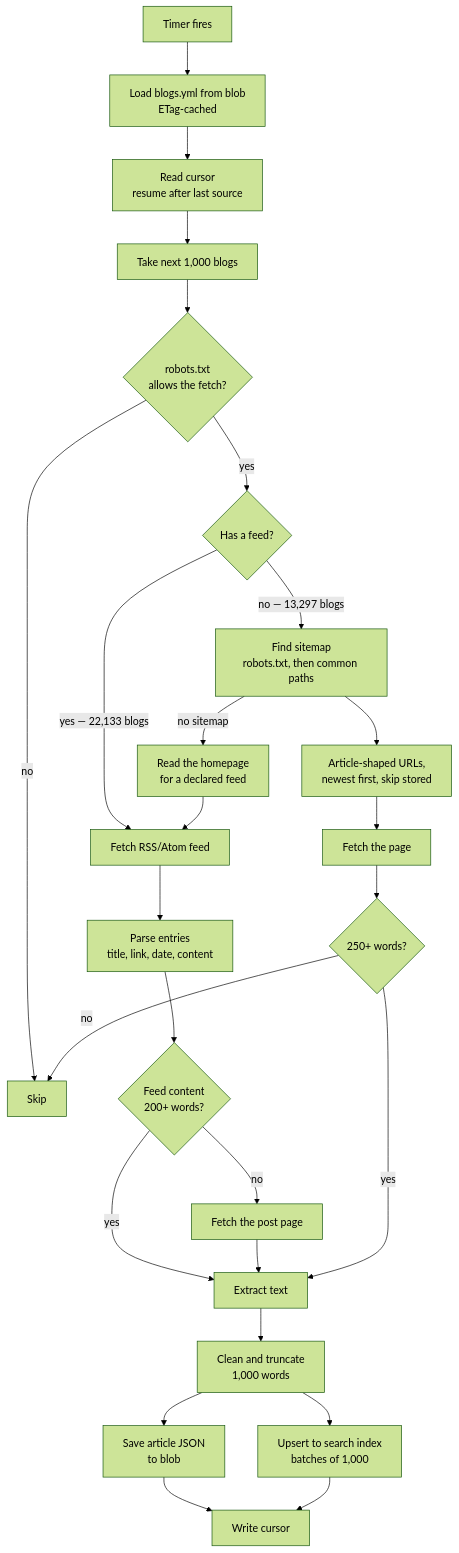
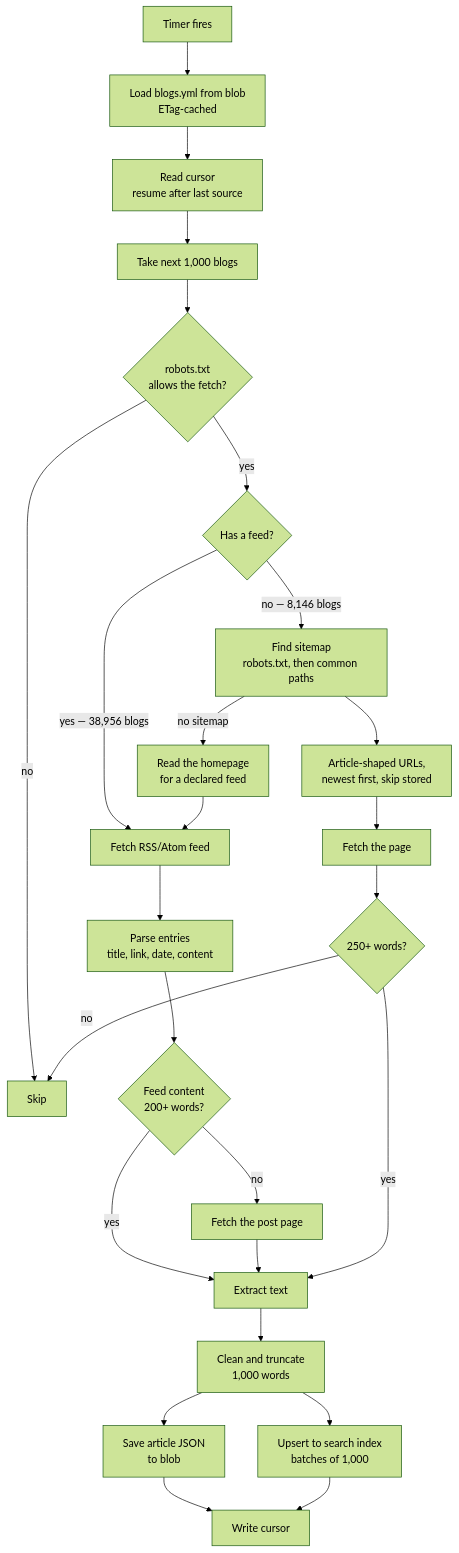
Before and after one commit to GitPaulo/blogme: the second of 5 diagrams in docs/how-it-works.md, drawn with Mermaid (forest theme). The commit also changed other lines of this file and 2 other files, not shown here.

Commit message:
fix: upper bound on blog crawler was too low

````diff
--- a/docs/how-it-works.md
+++ b/docs/how-it-works.md
@@ -47,32 +47,32 @@
 ```mermaid
 flowchart TD
     T["Timer fires"] --> L["Load blogs.yml from blob<br/>ETag-cached"]
     L --> C["Read cursor<br/>resume after last source"]
     C --> BATCH["Take next 1,000 blogs"]
 
     BATCH --> R{"robots.txt<br/>allows the fetch?"}
     R -->|no| SKIP["Skip"]
     R -->|yes| P{"Has a feed?"}
 
-    P -->|"yes — 22,133 blogs"| F["Fetch RSS/Atom feed"]
-    P -->|"no — 13,297 blogs"| M["Find sitemap<br/>robots.txt, then common paths"]
+    P -->|"yes — 38,956 blogs"| F["Fetch RSS/Atom feed"]
+    P -->|"no — 8,146 blogs"| M["Find sitemap<br/>robots.txt, then common paths"]
 
     F --> ITEMS["Parse entries<br/>title, link, date, content"]
     ITEMS --> FULL{"Feed content<br/>200+ words?"}
     FULL -->|yes| X["Extract text"]
     FULL -->|no| PAGE["Fetch the post page"] --> X
 
     M -->|"no sitemap"| ALT["Read the homepage<br/>for a declared feed"]
     ALT --> F
     M --> LINKS["Article-shaped URLs,<br/>newest first, skip stored"]
     LINKS --> FETCH["Fetch the page"]
     FETCH --> LONG{"250+ words?"}
     LONG -->|no| SKIP
     LONG -->|yes| X
 
     X --> TRUNC["Clean and truncate<br/>1,000 words"]
     TRUNC --> SAVE["Save article JSON<br/>to blob"]
     TRUNC --> IDX["Upsert to search index<br/>batches of 1,000"]
     SAVE --> CUR["Write cursor"]
     IDX --> CUR
 ```
````
